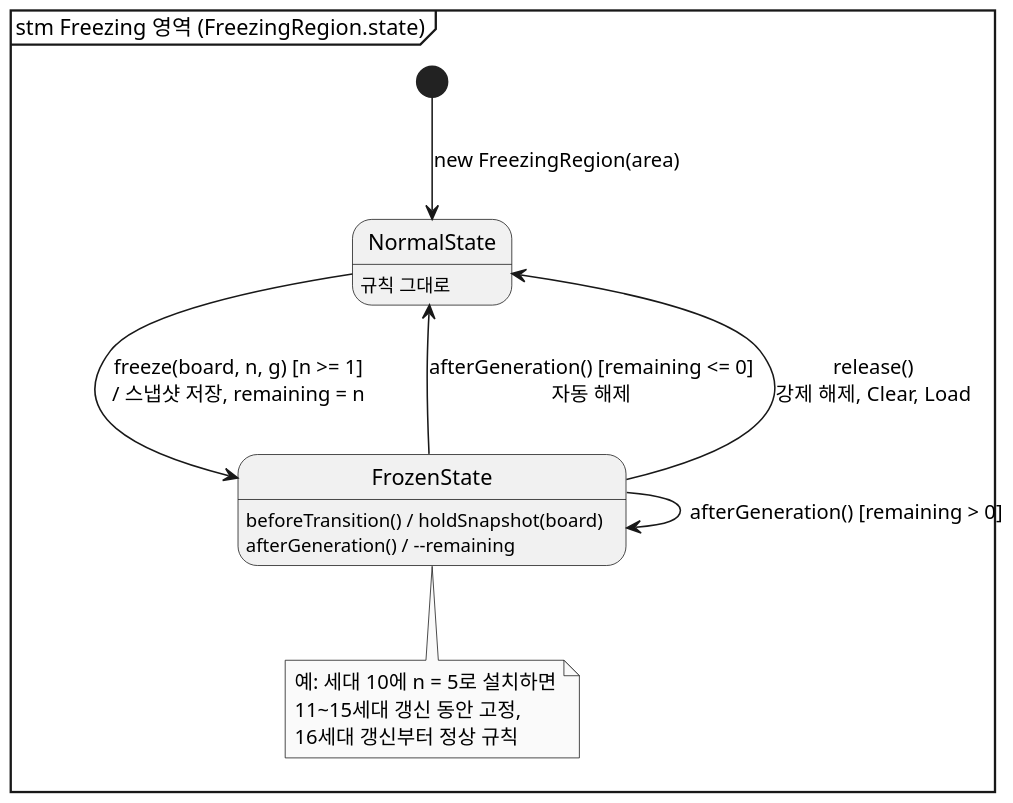
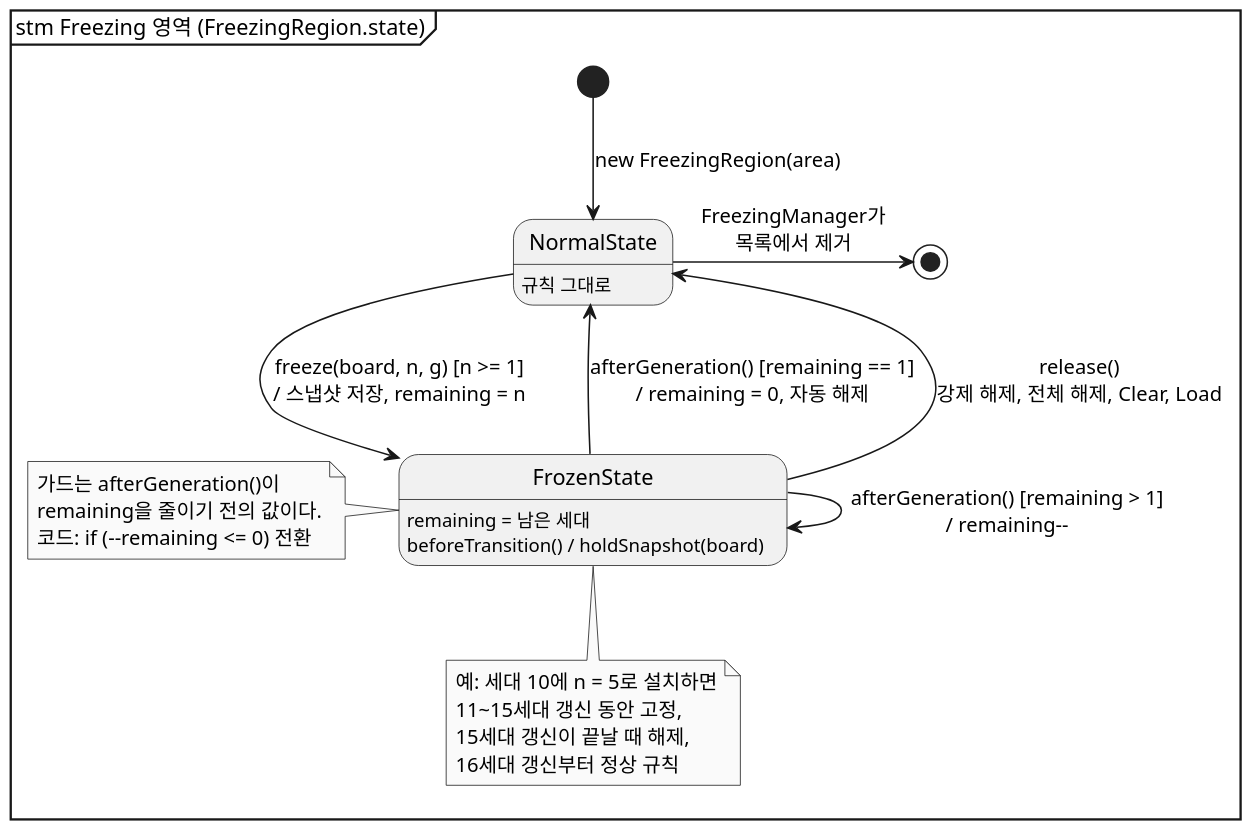
One commit to mckimR1972/DP_team_project changed the diagram in docs/freezing/diagram/state-region.puml. Above: the diagram before and after it, drawn with PlantUML. The commit also changed 12 other files, not shown here.

First line of the commit message:
docs: Freezing 다이어그램을 코드와 문서에 맞게 고침

```diff
--- a/docs/freezing/diagram/state-region.puml
+++ b/docs/freezing/diagram/state-region.puml
@@ -1,28 +1,36 @@
 @startuml state-region
 skinparam monochrome true
 skinparam dpi 150
 skinparam shadowing false
 skinparam defaultFontName "Malgun Gothic"
 hide empty description
 mainframe stm Freezing 영역 (FreezingRegion.state)
 
 state NormalState
 state NormalState : 규칙 그대로
 
 state FrozenState
+state FrozenState : remaining = 남은 세대
 state FrozenState : beforeTransition() / holdSnapshot(board)
-state FrozenState : afterGeneration() / --remaining
 
 [*] --> NormalState : new FreezingRegion(area)
 
-NormalState --> FrozenState : freeze(board, n, g) [n >= 1]\n/ 스냅샷 저장, remaining = n
-FrozenState --> FrozenState : afterGeneration() [remaining > 0]
-FrozenState --> NormalState : afterGeneration() [remaining <= 0]\n자동 해제
-FrozenState --> NormalState : release()\n강제 해제, Clear, Load
+NormalState -down-> FrozenState : freeze(board, n, g) [n >= 1]\n/ 스냅샷 저장, remaining = n
+FrozenState --> FrozenState : afterGeneration() [remaining > 1]\n/ remaining--
+FrozenState -up-> NormalState : afterGeneration() [remaining == 1]\n/ remaining = 0, 자동 해제
+FrozenState -up-> NormalState : release()\n강제 해제, 전체 해제, Clear, Load
+NormalState -right-> [*] : FreezingManager가\n목록에서 제거
+
+note left of FrozenState
+  가드는 afterGeneration()이
+  remaining을 줄이기 전의 값이다.
+  코드: if (--remaining <= 0) 전환
+end note
 
 note bottom of FrozenState
   예: 세대 10에 n = 5로 설치하면
   11~15세대 갱신 동안 고정,
+  15세대 갱신이 끝날 때 해제,
   16세대 갱신부터 정상 규칙
 end note
 @enduml
```
